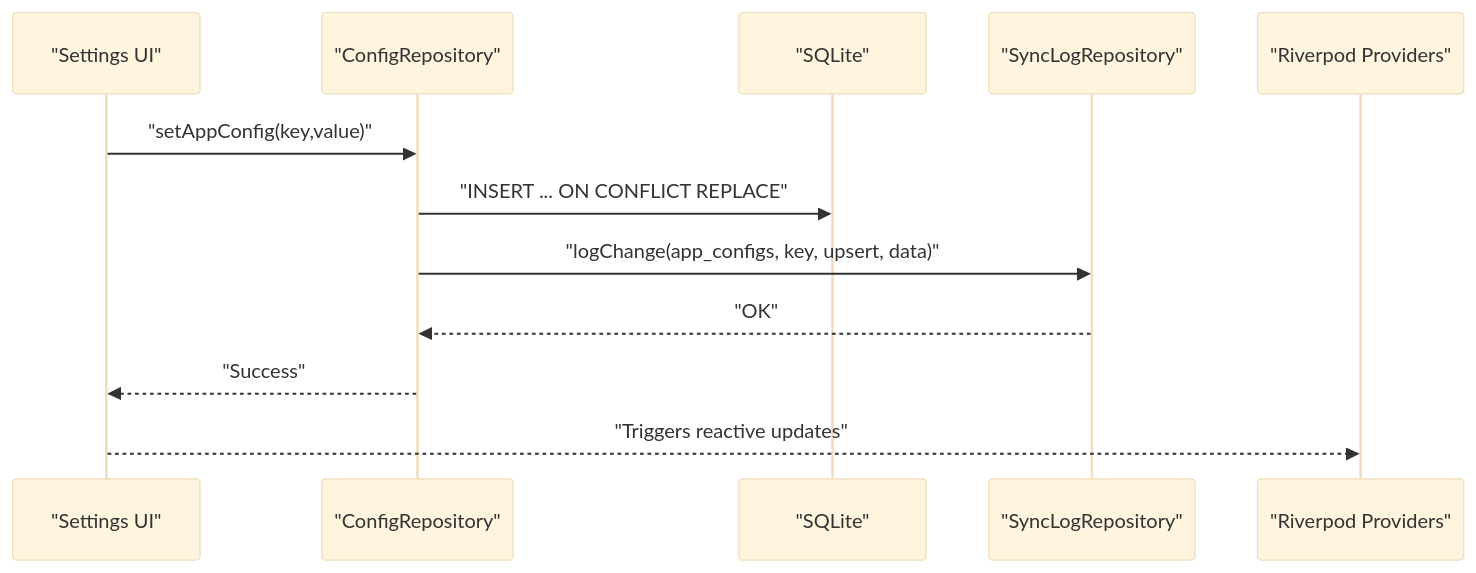
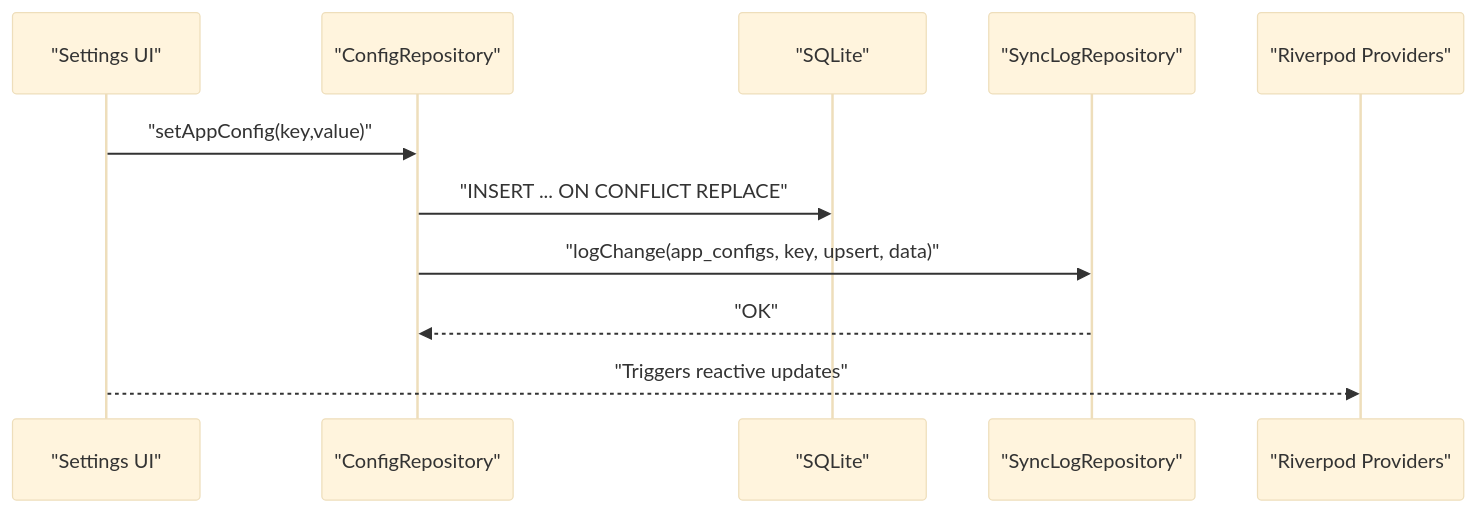
Before and after one commit to favoroo/QNote: diagram 11 of 11 in .qoder/repowiki/en/content/Configuration and Settings/Configuration and Settings.md, drawn with Mermaid (base theme). The commit also changed other lines of this file and 68 other files, not shown here.

````diff
--- a/.qoder/repowiki/en/content/Configuration and Settings/Configuration and Settings.md
+++ b/.qoder/repowiki/en/content/Configuration and Settings/Configuration and Settings.md
@@ -446,14 +485,13 @@
 ```mermaid
 sequenceDiagram
 participant UI as "Settings UI"
 participant Repo as "ConfigRepository"
 participant DB as "SQLite"
 participant Log as "SyncLogRepository"
 participant Providers as "Riverpod Providers"
 UI->>Repo : "setAppConfig(key,value)"
 Repo->>DB : "INSERT ... ON CONFLICT REPLACE"
 Repo->>Log : "logChange(app_configs, key, upsert, data)"
 Log-->>Repo : "OK"
-Repo-->>UI : "Success"
 UI-->>Providers : "Triggers reactive updates"
 ```
````
